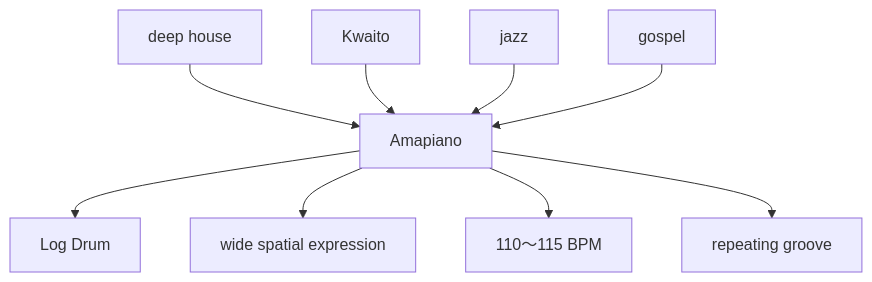
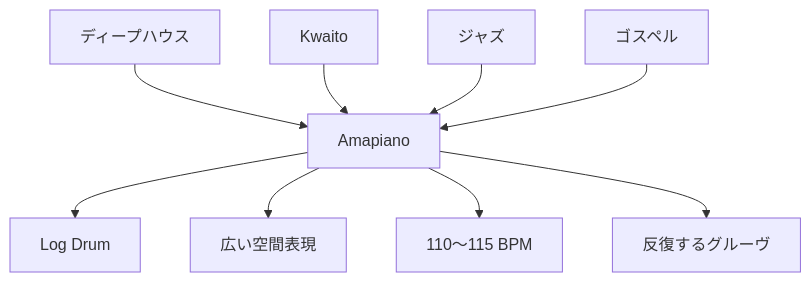
The third of 7 diagrams in en/_posts/2026-07-25-column-taxi-amapiano.md (monumental-movement/monumental-movement.github.io), drawn with Mermaid before and after one commit. The commit also changed other lines of this file and 2196 other files, not shown here.

```diff
--- a/en/_posts/2026-07-25-column-taxi-amapiano.md
+++ b/en/_posts/2026-07-25-column-taxi-amapiano.md
@@ -520,11 +519,11 @@
 <div class="mermaid">
 flowchart TD
-A[deep house] --> E[Amapiano]
+A[ディープハウス] --> E[Amapiano]
 B[Kwaito] --> E
-C[jazz] --> E
-D[gospel] --> E
+C[ジャズ] --> E
+D[ゴスペル] --> E
 E --> F[Log Drum]
-E --> G[wide spatial expression]
+E --> G[広い空間表現]
 E --> H[110〜115 BPM]
-E --> I[repeating groove]
+E --> I[反復するグルーヴ]
 </div>
```
